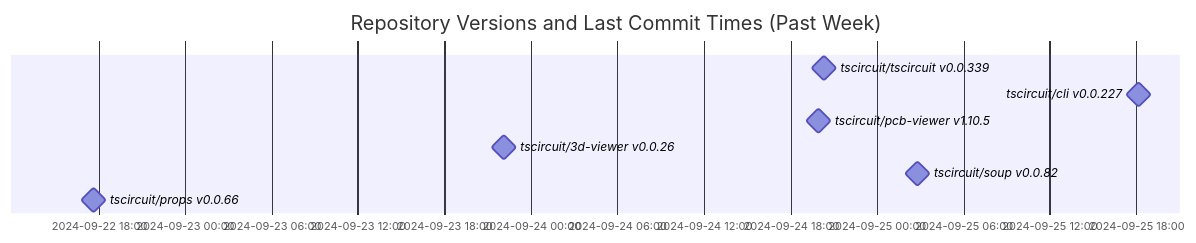
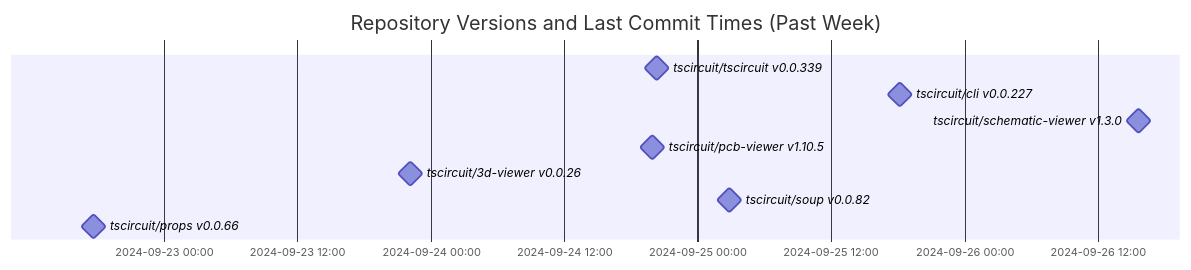
Before and after one commit to tscircuit/version-tracker: the diagram in README.md, drawn with Mermaid.

Commit message:
Update chart

````diff
--- a/README.md
+++ b/README.md
@@ -1,13 +1,14 @@
 ```mermaid
 gantt
   dateFormat  YYYY-MM-DD HH:mm:ss
   title Repository Versions and Last Commit Times (Past Week)
   axisFormat %Y-%m-%d %H:%M
 
   tscircuit/tscircuit v0.0.339 : milestone, 2024-09-24 20:18:14, 1s
   tscircuit/cli v0.0.227 : milestone, 2024-09-25 18:09:04, 1s
+  tscircuit/schematic-viewer v1.3.0 : milestone, 2024-09-26 15:39:47, 1s
   tscircuit/pcb-viewer v1.10.5 : milestone, 2024-09-24 19:58:10, 1s
   tscircuit/3d-viewer v0.0.26 : milestone, 2024-09-23 22:06:33, 1s
   tscircuit/soup v0.0.82 : milestone, 2024-09-25 02:48:20, 1s
   tscircuit/props v0.0.66 : milestone, 2024-09-22 17:38:44, 1s
 ```
````
